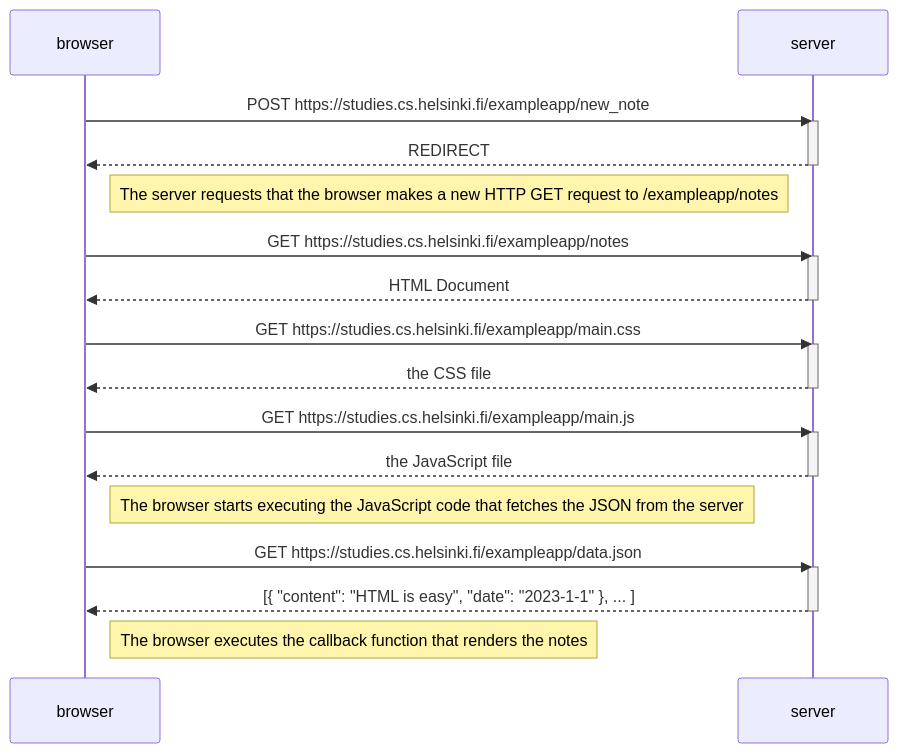
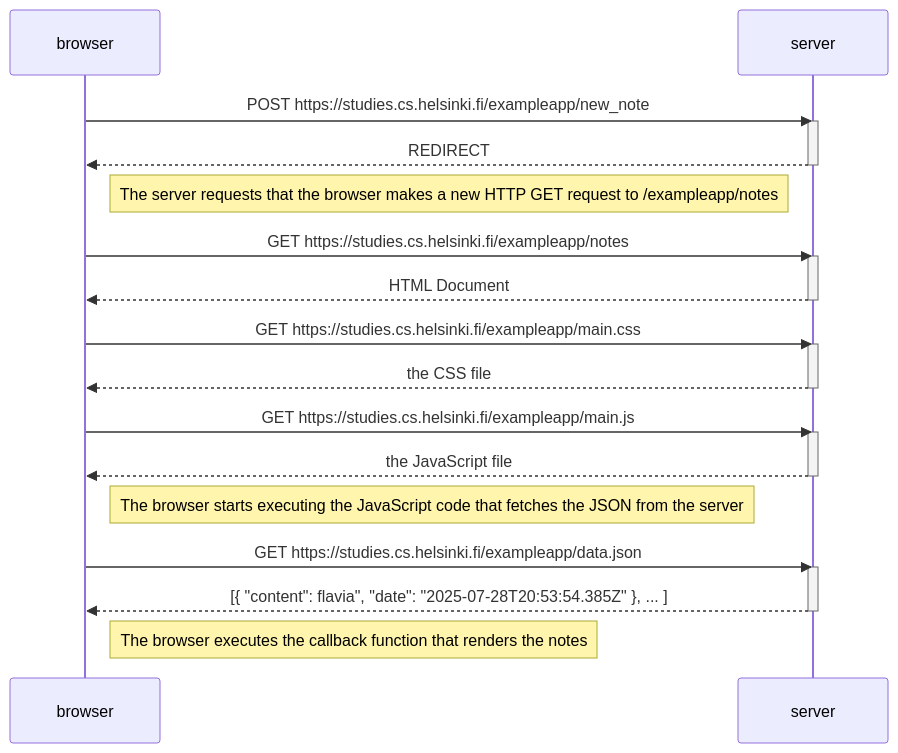
One commit to VJudin/Full-stack-open changed the diagram in part0/04.md. Above: the diagram before and after it, drawn with Mermaid.

````diff
--- a/part0/04.md
+++ b/part0/04.md
@@ -1,36 +1,36 @@
 ```mermaid
 sequenceDiagram
     participant browser
     participant server
     
     browser->>server: POST https://studies.cs.helsinki.fi/exampleapp/new_note
     activate server
     server-->>browser: REDIRECT
     deactivate server
 
     Note right of browser: The server requests that the browser makes a new HTTP GET request to /exampleapp/notes
 
     browser->>server: GET https://studies.cs.helsinki.fi/exampleapp/notes
     activate server
     server-->>browser: HTML Document
     deactivate server
 
     browser->>server: GET https://studies.cs.helsinki.fi/exampleapp/main.css
     activate server
     server-->>browser: the CSS file
     deactivate server
     
     browser->>server: GET https://studies.cs.helsinki.fi/exampleapp/main.js
     activate server
     server-->>browser: the JavaScript file
     deactivate server
     
     Note right of browser: The browser starts executing the JavaScript code that fetches the JSON from the server
     
     browser->>server: GET https://studies.cs.helsinki.fi/exampleapp/data.json
     activate server
-    server-->>browser: [{ "content": "HTML is easy", "date": "2023-1-1" }, ... ]
+    server-->>browser: [{ "content": flavia", "date": "2025-07-28T20:53:54.385Z" }, ... ]
     deactivate server    
 
     Note right of browser: The browser executes the callback function that renders the notes
 ```
````
